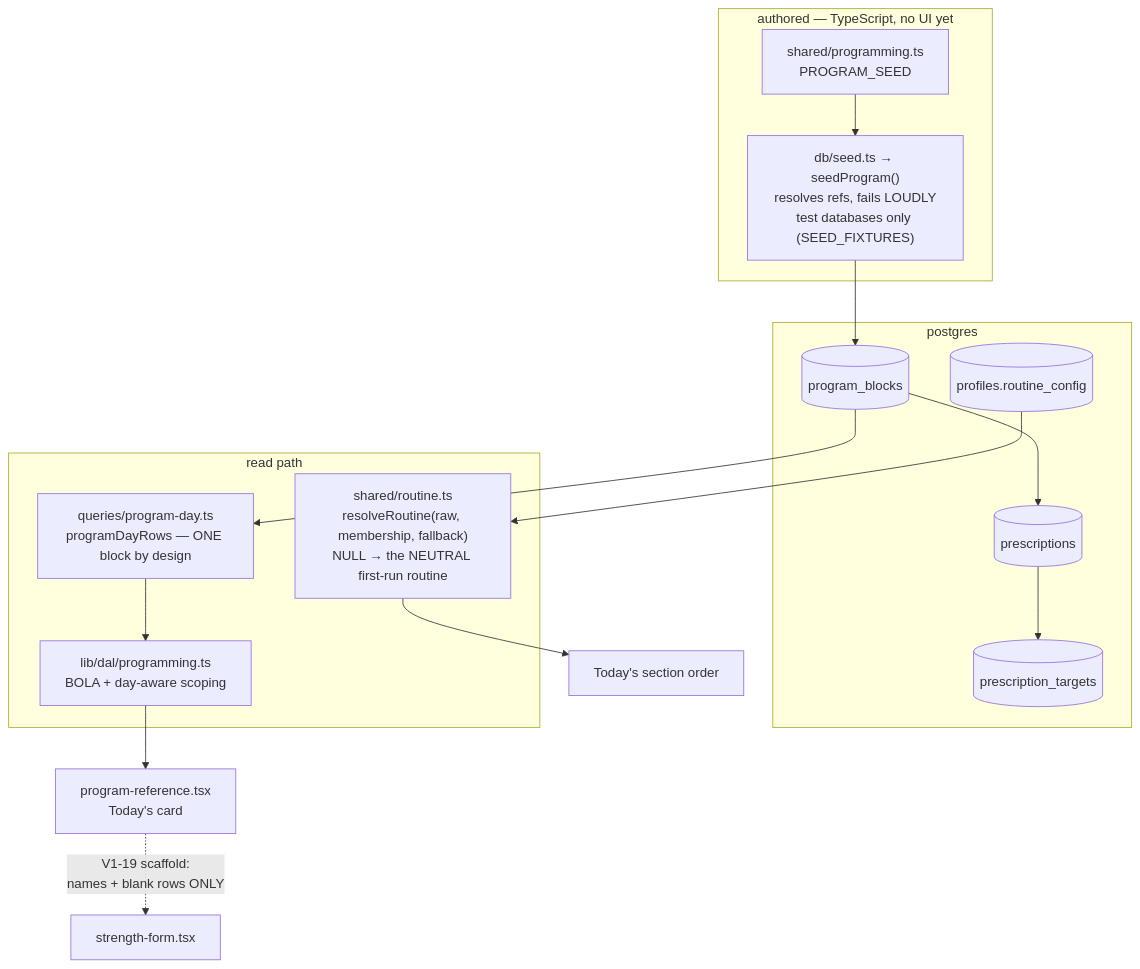
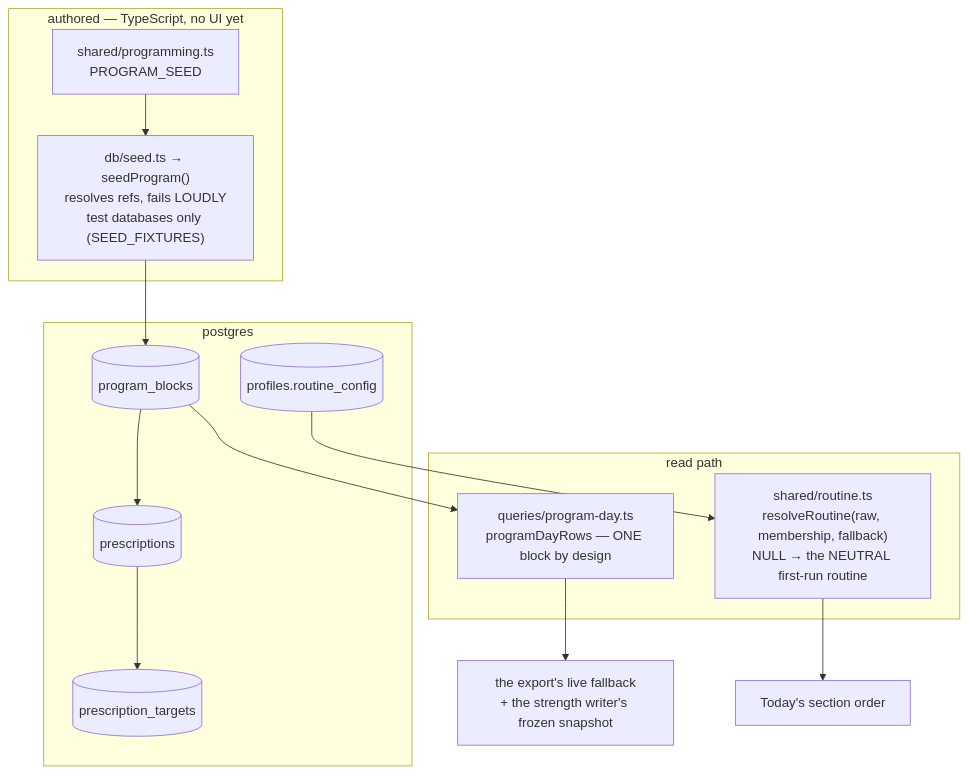
One commit to ralamode/mat-plan changed the diagram in docs/features/programming.md. Above: the diagram before and after it, drawn with Mermaid. The commit also changed other lines of this file and 33 other files, not shown here.

Commit message:
chore(fam-1-12f): delete the old strength log form and the reads only it used (#725)

````diff
--- a/docs/features/programming.md
+++ b/docs/features/programming.md
@@ -36,23 +35,21 @@
 ```mermaid
 flowchart TD
   subgraph authored["authored — TypeScript, no UI yet"]
     SEED["shared/programming.ts<br/>PROGRAM_SEED"]
     SEEDFN["db/seed.ts → seedProgram()<br/>resolves refs, fails LOUDLY<br/>test databases only (SEED_FIXTURES)"]
   end
 
   subgraph tables["postgres"]
     BLOCK[(program_blocks)] --> PRESC[(prescriptions)] --> TARGET[(prescription_targets)]
     PROFILE[(profiles.routine_config)]
   end
 
   subgraph read["read path"]
     QUERY["queries/program-day.ts<br/>programDayRows — ONE block by design"]
-    DALP["lib/dal/programming.ts<br/>BOLA + day-aware scoping"]
     ROUTINE["shared/routine.ts<br/>resolveRoutine(raw, membership, fallback)<br/>NULL → the NEUTRAL first-run routine"]
   end
 
   SEED --> SEEDFN --> BLOCK
-  BLOCK --> QUERY --> DALP --> CARD["program-reference.tsx<br/>Today's card"]
+  BLOCK --> QUERY --> USES["the export's live fallback<br/>+ the strength writer's frozen snapshot"]
   PROFILE --> ROUTINE --> TODAY["Today's section order"]
-  CARD -.->|"V1-19 scaffold:<br/>names + blank rows ONLY"| FORM["strength-form.tsx"]
 ```
````
